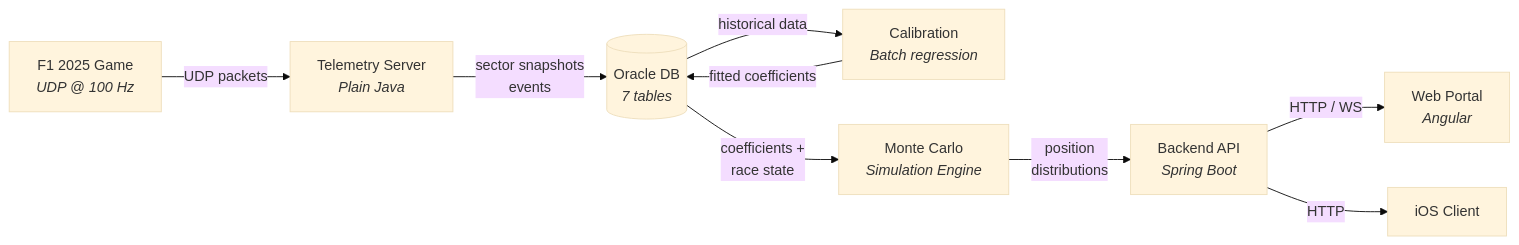
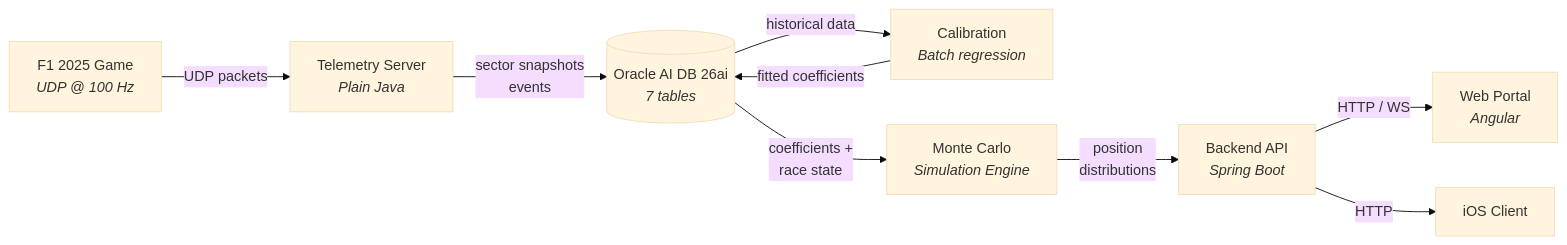
The first of 2 diagrams in README.md (vmleon/f12025-race-strategy-simulation), drawn with Mermaid (base theme) before and after one commit. The commit also changed other lines of this file and 2 other files, not shown here.

Commit message:
docs: replace HikariCP with Oracle UCP and specify Oracle AI Database 26ai

````diff
--- a/README.md
+++ b/README.md
@@ -7,20 +7,20 @@
 ```mermaid
 graph LR
     Game["F1 2025 Game<br/><i>UDP @ 100 Hz</i>"]
     Ingest["Telemetry Server<br/><i>Plain Java</i>"]
-    DB[(Oracle DB<br/><i>7 tables</i>)]
+    DB[(Oracle AI DB 26ai<br/><i>7 tables</i>)]
     Calib["Calibration<br/><i>Batch regression</i>"]
     Sim["Monte Carlo<br/><i>Simulation Engine</i>"]
     Backend["Backend API<br/><i>Spring Boot</i>"]
     Portal["Web Portal<br/><i>Angular</i>"]
     Client["iOS Client"]
 
     Game -- "UDP packets" --> Ingest
     Ingest -- "sector snapshots<br/>events" --> DB
     DB -- "historical data" --> Calib
     Calib -- "fitted coefficients" --> DB
     DB -- "coefficients +<br/>race state" --> Sim
     Sim -- "position<br/>distributions" --> Backend
     Backend -- "HTTP / WS" --> Portal
     Backend -- "HTTP" --> Client
 ```
````
